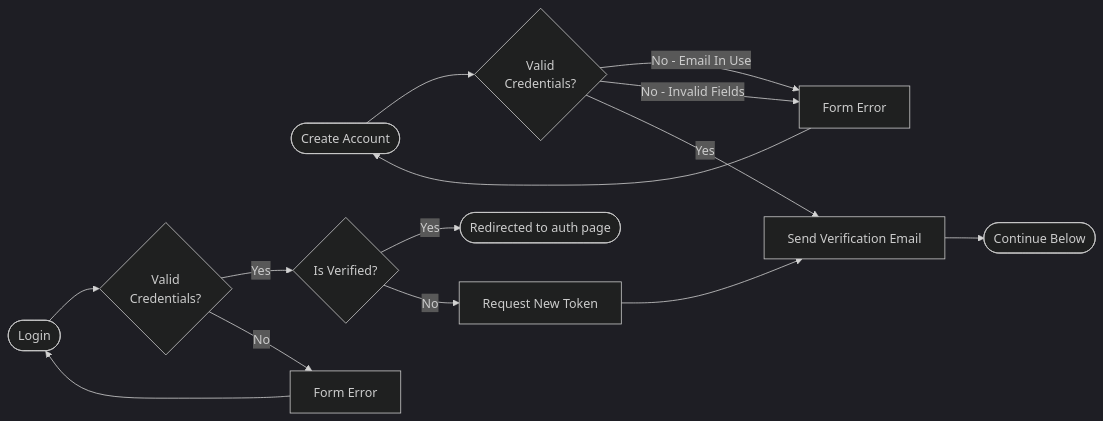
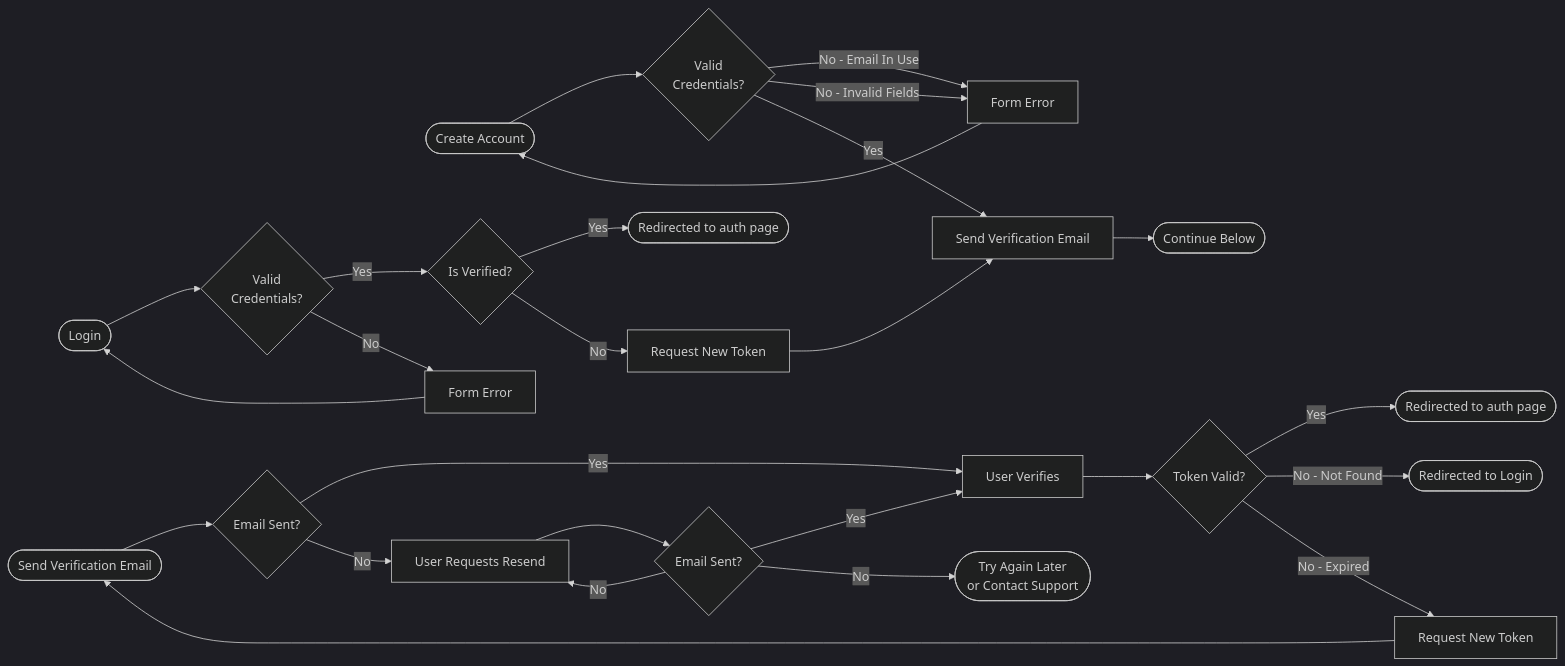
One commit to kirinmurphy/trpc_starter changed the first of 2 diagrams in docs/verification.md. Above: the diagram before and after it, drawn with Mermaid. The commit also changed other lines of this file and 3 other files, not shown here.

````diff
--- a/docs/verification.md
+++ b/docs/verification.md
@@ -4,32 +4,39 @@
 ```mermaid
 %%{init: {
   "theme": "dark", 
   "themeVariables": { 
     "primaryColor": "#ff6e6e", 
     "secondaryColor": "#feb236", 
     "tertiaryColor": "#6cb1ff" 
   },
   "flowchart": {
     "htmlLabels": true,
     "curve": "basis"
   },
   "height": "100%",
   "width": "100%",
   "startOnLoad": true,
   "securityLevel": "loose" }}%%
 
 flowchart LR
-  CreateAccount([Create Account]) --> IsValidCredentials{Valid<br>Credentials?}
-  IsValidCredentials --> |No - Email In Use| ReturnError[Form Error] --> CreateAccount
-  IsValidCredentials --> |No - Invalid Fields| ReturnError    
-  IsValidCredentials --> |Yes| SendEmail[Send Verification Email] --> Continue([Continue Below])
+    CreateAccount([Create Account]) --> IsValidCredentials{Valid<br>Credentials?}
+    IsValidCredentials --> |No - Email In Use| ReturnError[Form Error] --> CreateAccount
+    IsValidCredentials --> |No - Invalid Fields| ReturnError    
+    IsValidCredentials --> |Yes| SendEmail[Send Verification Email] --> Continue([Continue Below])
 
+    Login([Login]) --> IsValidLoginCredentials{Valid<br>Credentials?}
+    IsValidLoginCredentials{Valid<br>Credentials?} --> |Yes| IsVerified{Is Verified?}
+    IsValidLoginCredentials{Valid<br>Credentials?} --> |No| LoginError[Form Error]
+    LoginError --> Login
+    IsVerified --> |Yes| AuthPage([Redirected to auth page])
+    IsVerified --> |No| RequestToken[Request New Token] --> SendEmail
 
-  Login([Login]) --> IsValidLoginCredentials{Valid<br>Credentials?}
-  IsValidLoginCredentials{Valid<br>Credentials?} --> |Yes| IsVerified{Is Verified?}
-  IsValidLoginCredentials{Valid<br>Credentials?} --> |No| LoginError[Form Error]
-  LoginError --> Login
-  IsVerified --> |Yes| AuthPage([Redirected to auth page])
-  IsVerified --> |No| RequestToken[Request New Token] --> SendEmail
-
+    
+    SendEmail2([Send Verification Email]) --> WasEmailSent{Email Sent?}
+    WasEmailSent --> |Yes| UserVerifies[User Verifies] --> TokenValid{Token Valid?} --> |Yes| Verified([Redirected to auth page])
+    TokenValid{Token Valid?} --> |No - Not Found| Login2([Redirected to Login])
+    TokenValid{Token Valid?} --> |No - Expired| RequestNew[Request New Token] --> SendEmail2
+    WasEmailSent --> |No| Rerequest[User Requests Resend] --> WasEmailSent2{Email Sent?} --> |Yes| UserVerifies
+    WasEmailSent2 --> |No| Rerequest
+    WasEmailSent2 --> |No| TryLater([Try Again Later<br>or Contact Support])
 ```
````
